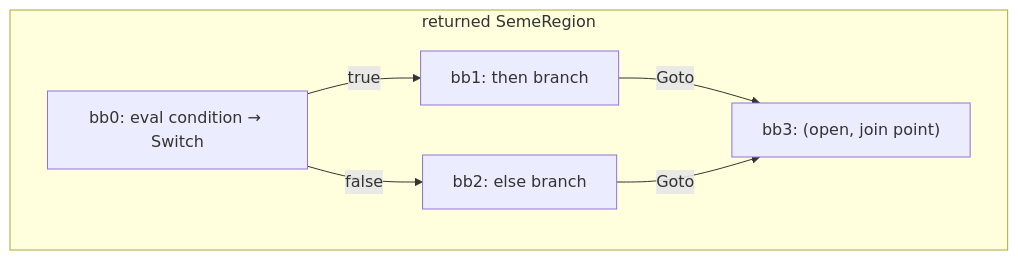
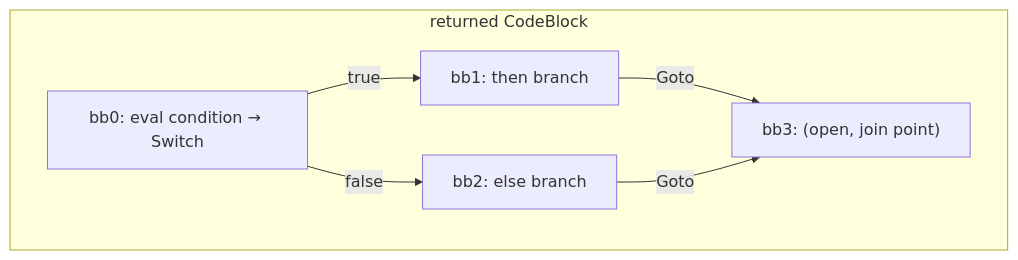
Before and after one commit to rust-lang/a-mir-formality: the fourth of 5 diagrams in book/src/formality_rust/codegen.md, drawn with Mermaid. The commit also changed other lines of this file and 4 other files, not shown here.

First line of the commit message:
rename SemeRegion to CodeBlock

````diff
--- a/book/src/formality_rust/codegen.md
+++ b/book/src/formality_rust/codegen.md
@@ -152,13 +152,13 @@
 ```mermaid
 graph TD
-    subgraph "returned SemeRegion"
+    subgraph "returned CodeBlock"
         cond["bb0: eval condition → Switch"]
         then_bb["bb1: then branch"]
         else_bb["bb2: else branch"]
         join["bb3: (open, join point)"]
         cond -->|"true"| then_bb
         cond -->|"false"| else_bb
         then_bb -->|Goto| join
         else_bb -->|Goto| join
     end
 ```
````
